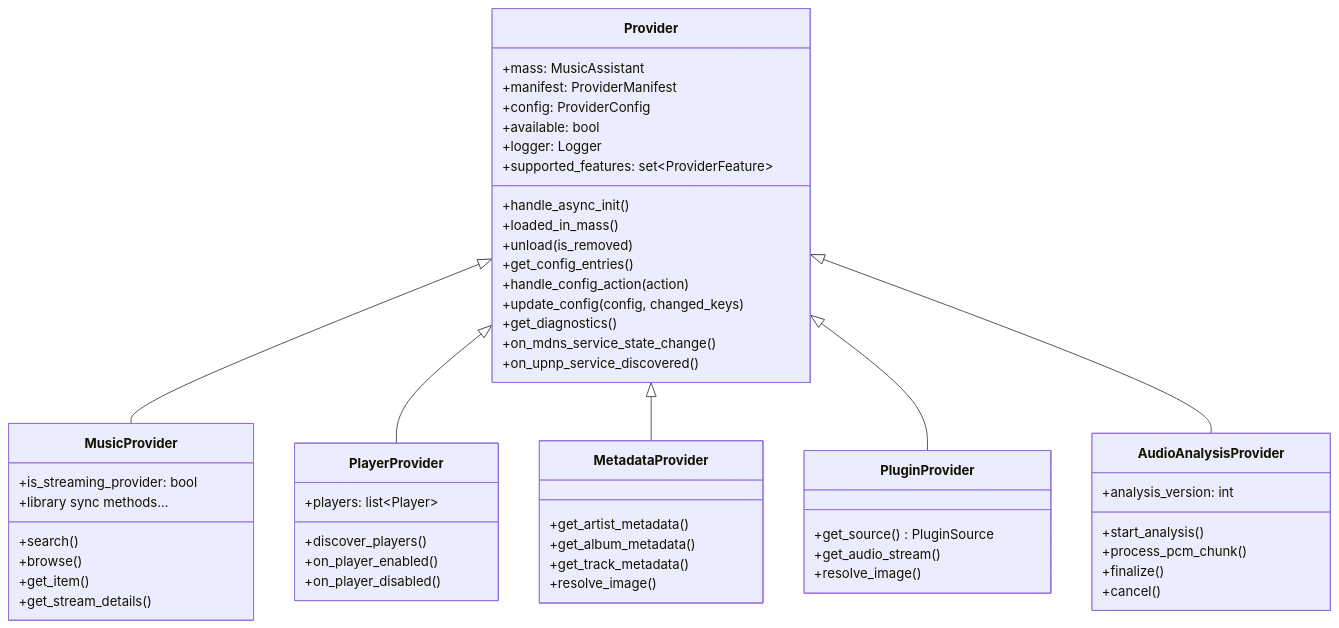
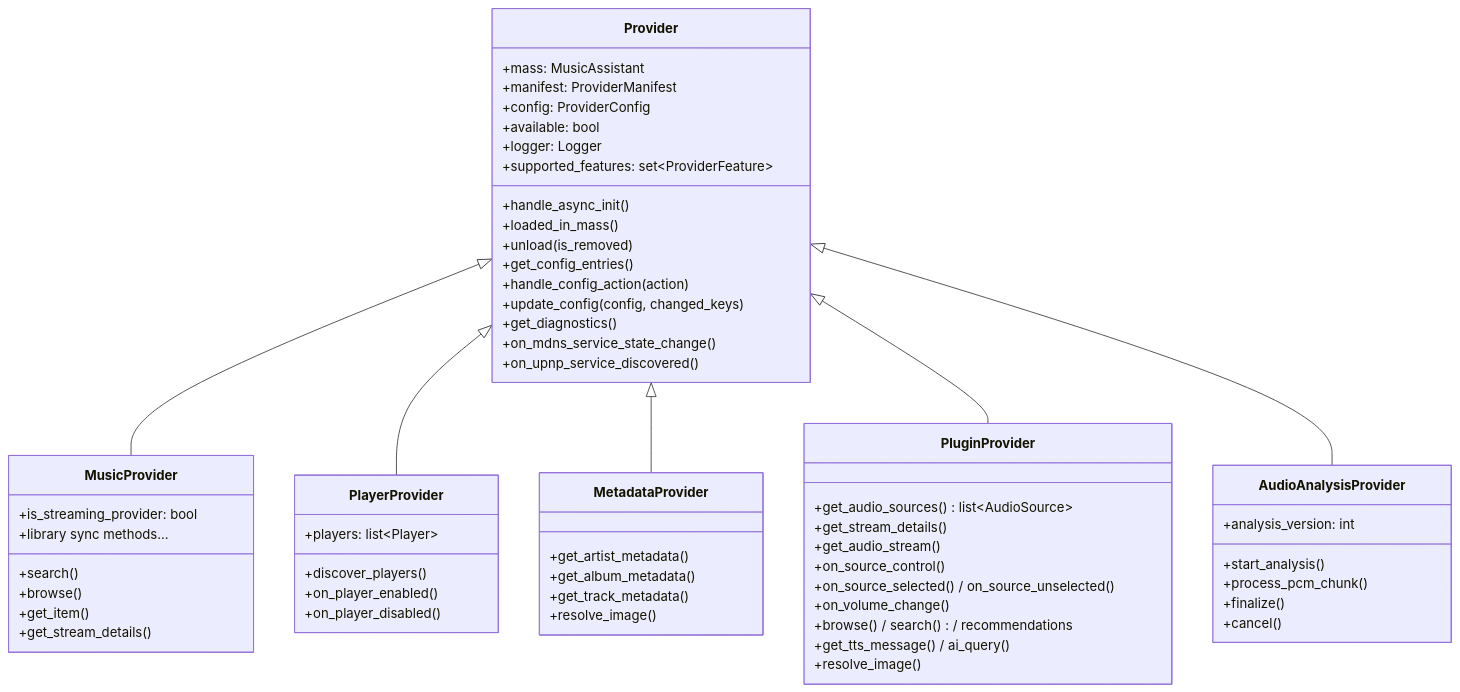
Before and after one commit to theturtle32/music-assistant-server: the first of 2 diagrams in docs/architecture/15-provider-lifecycle.md, drawn with Mermaid. The commit also changed other lines of this file and 3 other files, not shown here.

First line of the commit message:
docs(architecture): rewrite plugin system for first-class AudioSource media items

````diff
--- a/docs/architecture/15-provider-lifecycle.md
+++ b/docs/architecture/15-provider-lifecycle.md
@@ -128,57 +128,63 @@
 ```mermaid
 classDiagram
     class Provider {
         +mass: MusicAssistant
         +manifest: ProviderManifest
         +config: ProviderConfig
         +available: bool
         +logger: Logger
         +supported_features: set~ProviderFeature~
         +handle_async_init()
         +loaded_in_mass()
         +unload(is_removed)
         +get_config_entries()
         +handle_config_action(action)
         +update_config(config, changed_keys)
         +get_diagnostics()
         +on_mdns_service_state_change()
         +on_upnp_service_discovered()
     }
     class MusicProvider {
         +is_streaming_provider: bool
         +search()
         +browse()
         +get_item()
         +get_stream_details()
         +library sync methods...
     }
     class PlayerProvider {
         +discover_players()
         +on_player_enabled()
         +on_player_disabled()
         +players: list~Player~
     }
     class MetadataProvider {
         +get_artist_metadata()
         +get_album_metadata()
         +get_track_metadata()
         +resolve_image()
     }
     class PluginProvider {
-        +get_source() PluginSource
+        +get_audio_sources() list~AudioSource~
+        +get_stream_details()
         +get_audio_stream()
+        +on_source_control()
+        +on_source_selected() / on_source_unselected()
+        +on_volume_change()
+        +browse() / search() / recommendations
+        +get_tts_message() / ai_query()
         +resolve_image()
     }
     class AudioAnalysisProvider {
         +analysis_version: int
         +start_analysis()
         +process_pcm_chunk()
         +finalize()
         +cancel()
     }
     Provider <|-- MusicProvider
     Provider <|-- PlayerProvider
     Provider <|-- MetadataProvider
     Provider <|-- PluginProvider
     Provider <|-- AudioAnalysisProvider
 ```
````
